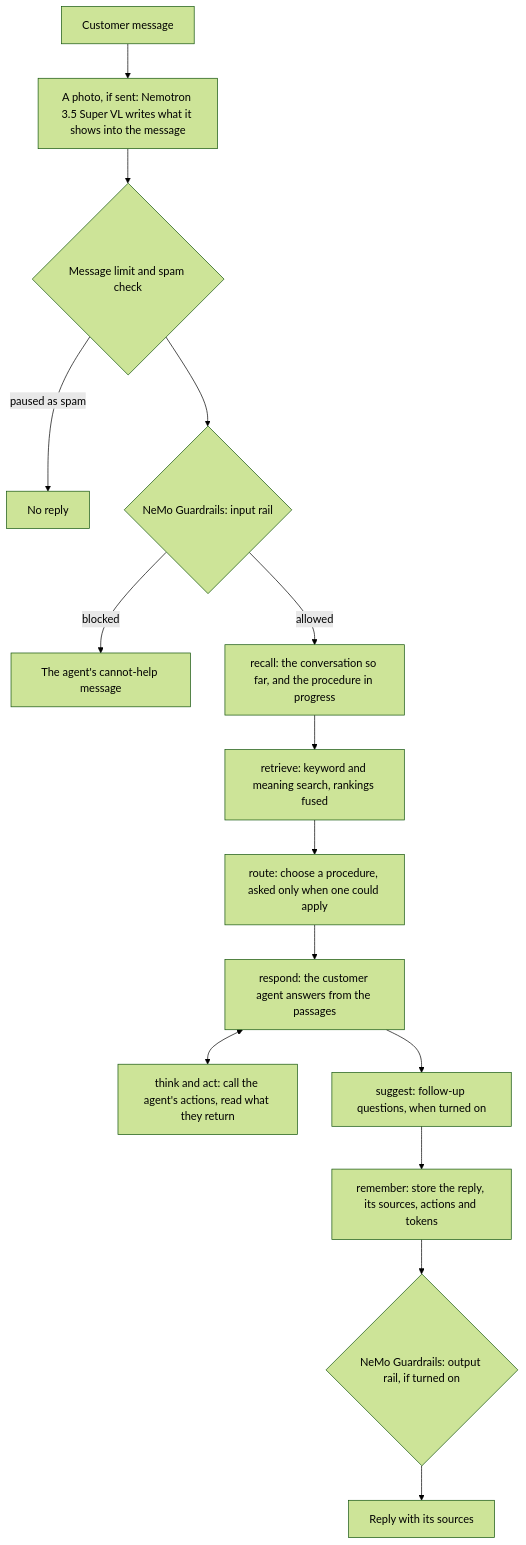
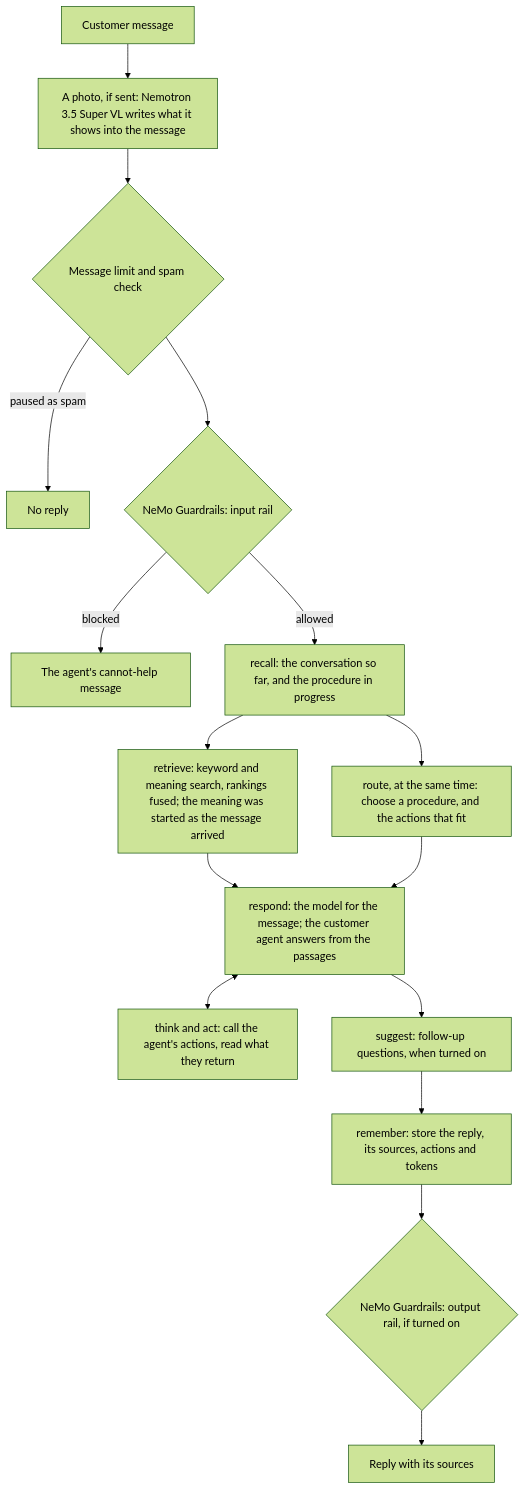
The second of 7 diagrams in docs/architecture.md (KarimAdel-1/Keel), drawn with Mermaid (forest theme) before and after one commit. The commit also changed other lines of this file and 14 other files, not shown here.

````diff
--- a/docs/architecture.md
+++ b/docs/architecture.md
@@ -52,17 +52,18 @@
 ```mermaid
 flowchart TD
   M[Customer message] --> P[A photo, if sent: Nemotron 3.5 Super VL writes what it shows into the message]
   P --> L{Message limit and spam check}
   L -- paused as spam --> X[No reply]
   L --> G{NeMo Guardrails: input rail}
   G -- blocked --> N[The agent's cannot-help message]
   G -- allowed --> R1[recall: the conversation so far, and the procedure in progress]
-  R1 --> R2[retrieve: keyword and meaning search, rankings fused]
-  R2 --> R3[route: choose a procedure, asked only when one could apply]
-  R3 --> R4[respond: the customer agent answers from the passages]
+  R1 --> R2[retrieve: keyword and meaning search, rankings fused; the meaning was started as the message arrived]
+  R1 --> R3[route, at the same time: choose a procedure, and the actions that fit]
+  R2 --> R4[respond: the model for the message; the customer agent answers from the passages]
+  R3 --> R4
   R4 <--> T[think and act: call the agent's actions, read what they return]
   R4 --> R5[suggest: follow-up questions, when turned on]
   R5 --> R6[remember: store the reply, its sources, actions and tokens]
   R6 --> O{NeMo Guardrails: output rail, if turned on}
   O --> A[Reply with its sources]
 ```
````
